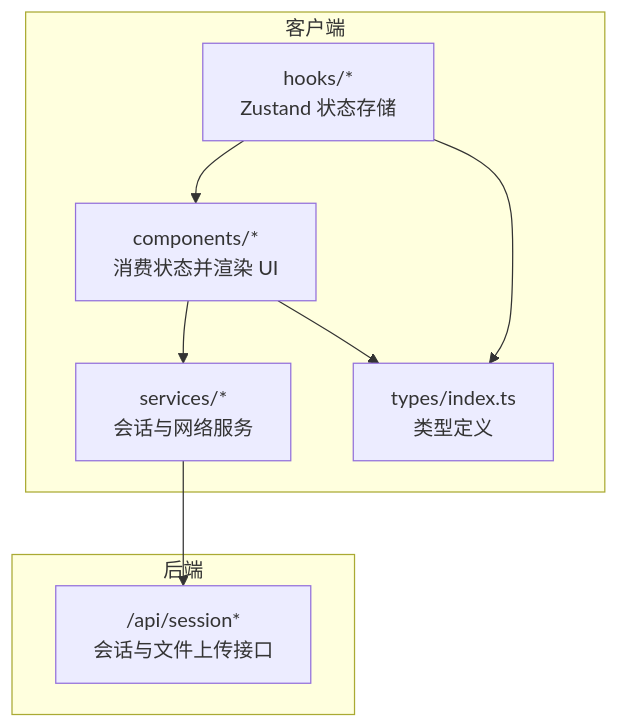
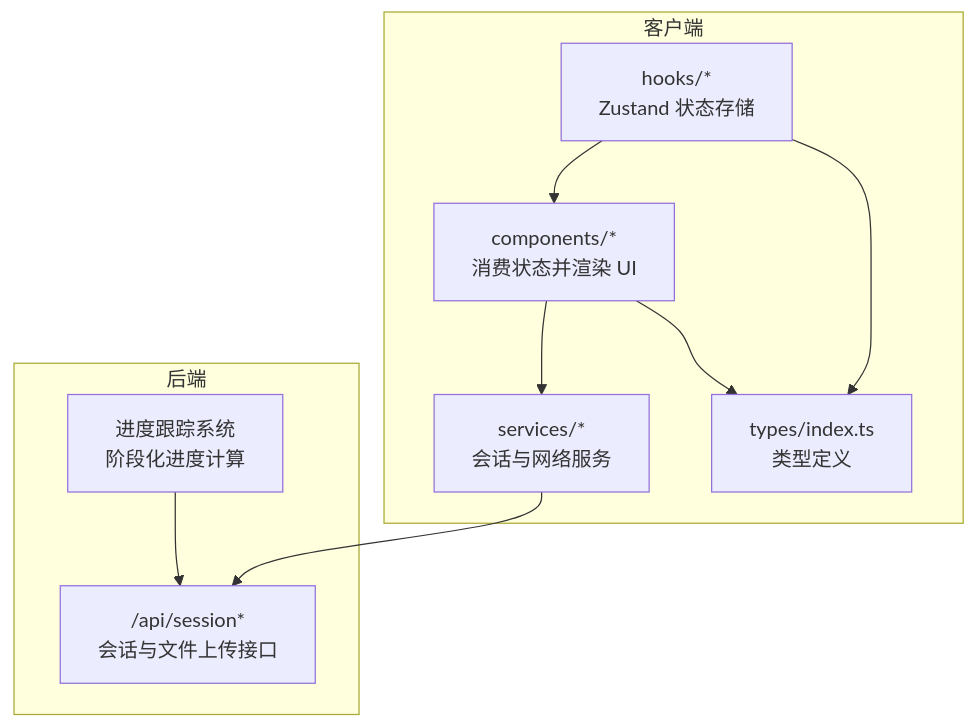
Before and after one commit to billye220670/CorineKit_Pix2Real: the first of 6 diagrams in .qoder/repowiki/zh/content/项目概述/技术架构概览/前端架构设计/状态管理系统.md, drawn with Mermaid. The commit also changed other lines of this file and 13 other files, not shown here.

````diff
--- a/.qoder/repowiki/zh/content/项目概述/技术架构概览/前端架构设计/状态管理系统.md
+++ b/.qoder/repowiki/zh/content/项目概述/技术架构概览/前端架构设计/状态管理系统.md
@@ -52,17 +59,19 @@
 ```mermaid
 graph TB
 subgraph "客户端"
 Hooks["hooks/*<br/>Zustand 状态存储"]
 Components["components/*<br/>消费状态并渲染 UI"]
 Services["services/*<br/>会话与网络服务"]
 Types["types/index.ts<br/>类型定义"]
 end
 subgraph "后端"
 API["/api/session*<br/>会话与文件上传接口"]
+Progress["进度跟踪系统<br/>阶段化进度计算"]
 end
 Hooks --> Components
 Components --> Services
 Services --> API
 Hooks --> Types
 Components --> Types
+Progress --> API
 ```
````
